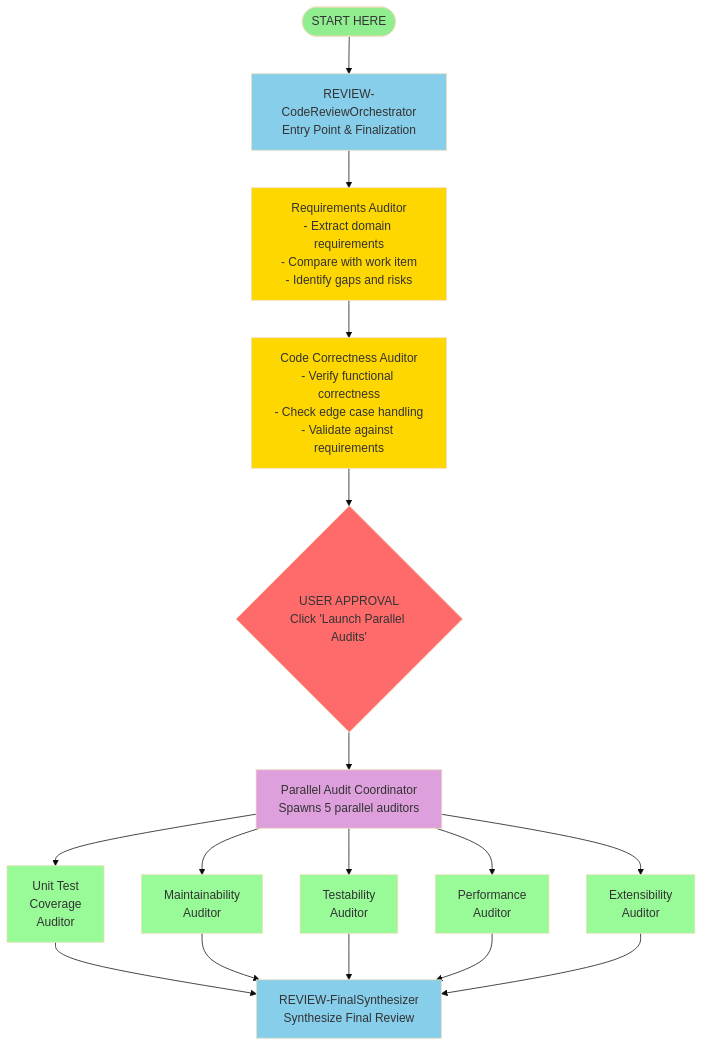
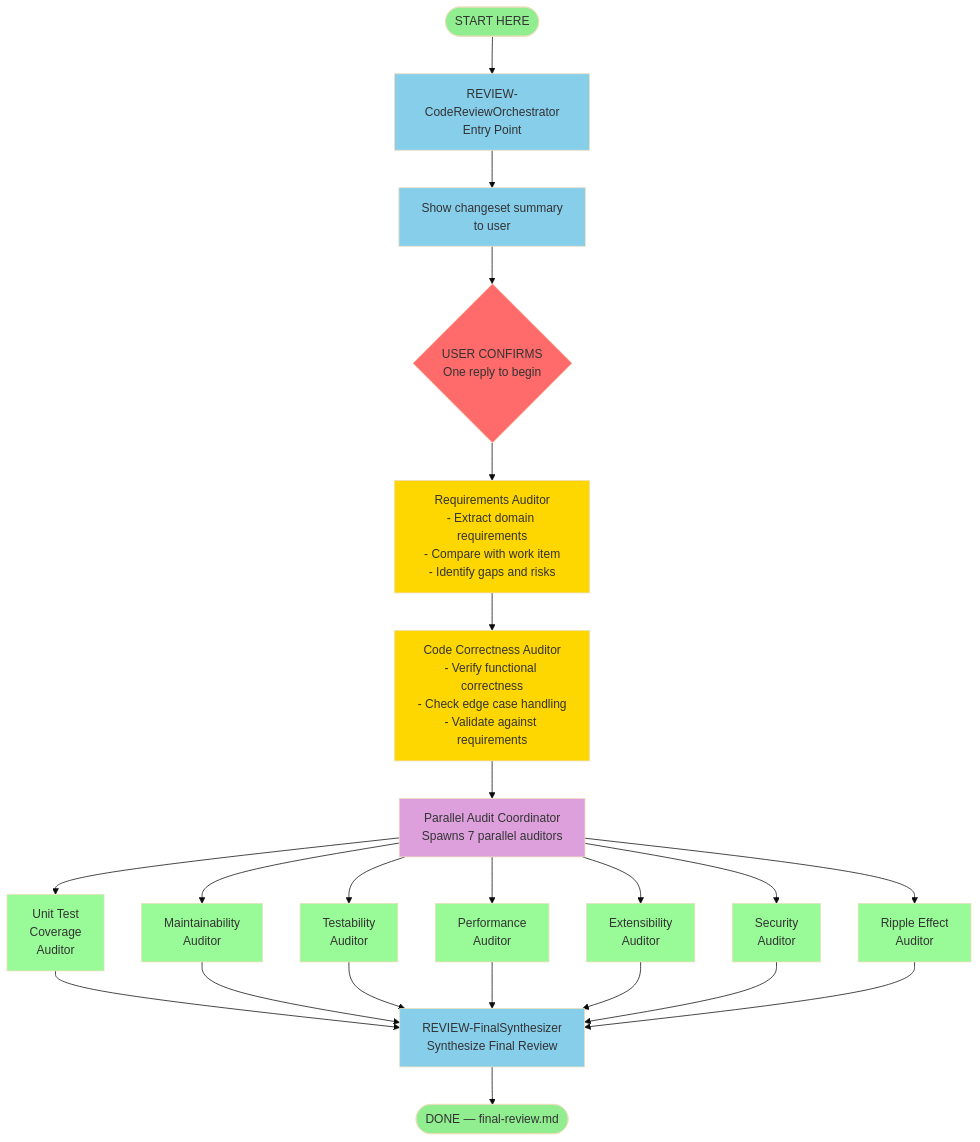
The diagram in feature-overviews/code-review-pipeline/code-review-pipeline.md (bhanford9/vs-code-copilot-tools), drawn with Mermaid (base theme) before and after one commit. The commit also changed other lines of this file and 19 other files, not shown here.

````diff
--- a/feature-overviews/code-review-pipeline/code-review-pipeline.md
+++ b/feature-overviews/code-review-pipeline/code-review-pipeline.md
@@ -15,33 +15,44 @@
 ```mermaid
 flowchart TD
-    Start([START HERE]) --> Orchestrator1[REVIEW-CodeReviewOrchestrator<br/>Entry Point & Finalization]
-    Orchestrator1 --> Requirements[Requirements Auditor<br/>- Extract domain requirements<br/>- Compare with work item<br/>- Identify gaps and risks]
+    Start([START HERE]) --> Orchestrator1[REVIEW-CodeReviewOrchestrator<br/>Entry Point]
+    Orchestrator1 --> ShowScope[Show changeset summary<br/>to user]
+    ShowScope --> UserConfirm{USER CONFIRMS<br/>One reply to begin}
+    UserConfirm --> Requirements[Requirements Auditor<br/>- Extract domain requirements<br/>- Compare with work item<br/>- Identify gaps and risks]
     Requirements --> Correctness[Code Correctness Auditor<br/>- Verify functional correctness<br/>- Check edge case handling<br/>- Validate against requirements]
-    Correctness --> UserApproval{USER APPROVAL<br/>Click 'Launch Parallel Audits'}
-    UserApproval --> Coordinator[Parallel Audit Coordinator<br/>Spawns 5 parallel auditors]
+    Correctness --> Coordinator[Parallel Audit Coordinator<br/>Spawns 7 parallel auditors]
     
     Coordinator --> UnitTest[Unit Test<br/>Coverage<br/>Auditor]
     Coordinator --> Maintainability[Maintainability<br/>Auditor]
     Coordinator --> Testability[Testability<br/>Auditor]
     Coordinator --> Performance[Performance<br/>Auditor]
     Coordinator --> Extensibility[Extensibility<br/>Auditor]
+    Coordinator --> Security[Security<br/>Auditor]
+    Coordinator --> RippleEffect[Ripple Effect<br/>Auditor]
     
     UnitTest --> FinalSynth[REVIEW-FinalSynthesizer<br/>Synthesize Final Review]
     Maintainability --> FinalSynth
     Testability --> FinalSynth
     Performance --> FinalSynth
     Extensibility --> FinalSynth
+    Security --> FinalSynth
+    RippleEffect --> FinalSynth
+    
+    FinalSynth --> Done([DONE — final-review.md])
     
     style Start fill:#90EE90
     style Orchestrator1 fill:#87CEEB
+    style ShowScope fill:#87CEEB
+    style UserConfirm fill:#FF6B6B
     style Requirements fill:#FFD700
     style Correctness fill:#FFD700
-    style UserApproval fill:#FF6B6B
     style Coordinator fill:#DDA0DD
     style UnitTest fill:#98FB98
     style Maintainability fill:#98FB98
     style Testability fill:#98FB98
     style Performance fill:#98FB98
     style Extensibility fill:#98FB98
+    style Security fill:#98FB98
+    style RippleEffect fill:#98FB98
     style FinalSynth fill:#87CEEB
+    style Done fill:#90EE90
 ```
````
